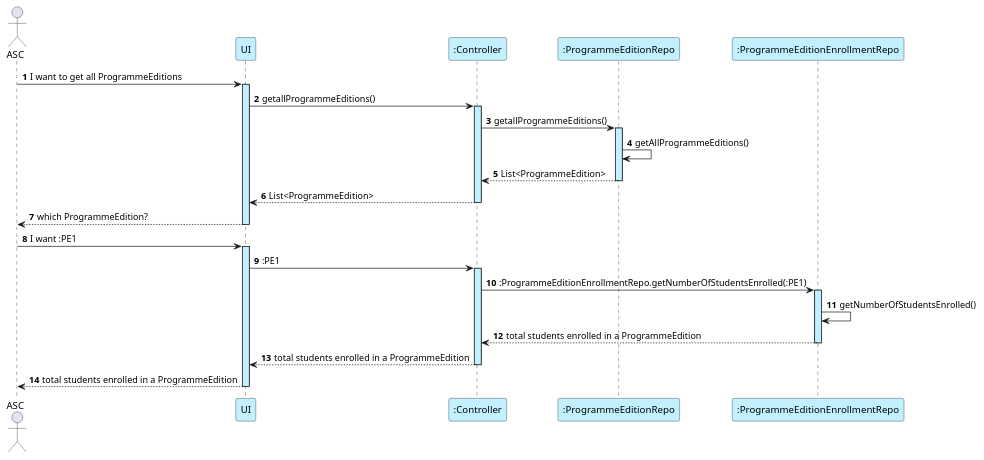
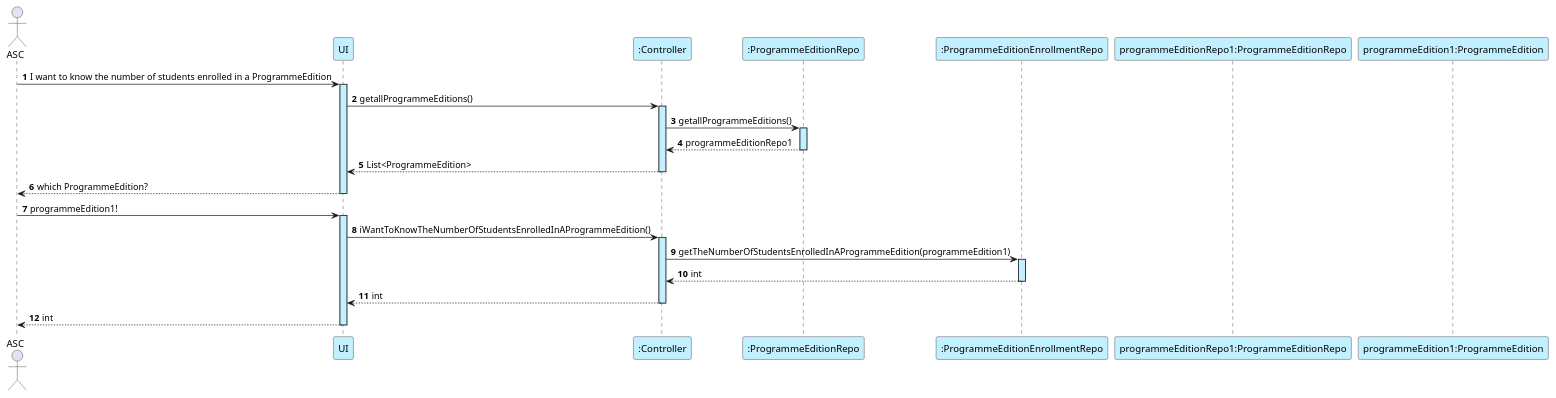
The diagram in docs/US21/US21_IWantToGetTheNumberOfStudentsEnrolledInAProgrammeEdition.puml (GasparISEP/DevOps-PAI), drawn with PlantUML before and after one commit.

Commit message:
refactor: Update US21 sequence diagram.

```diff
--- a/docs/US21/US21_IWantToGetTheNumberOfStudentsEnrolledInAProgrammeEdition.puml
+++ b/docs/US21/US21_IWantToGetTheNumberOfStudentsEnrolledInAProgrammeEdition.puml
@@ -1,25 +1,24 @@
 @startuml US21
 actor ASC
 participant UI #application
 participant ":Controller" #application
 participant ":ProgrammeEditionRepo" #application
 participant ":ProgrammeEditionEnrollmentRepo" #application
+participant "programmeEditionRepo1:ProgrammeEditionRepo"#application
+participant "programmeEdition1:ProgrammeEdition" #application
 
 autonumber
 
-ASC -> UI  ++ #application : I want to get all ProgrammeEditions
+ASC -> UI  ++ #application : I want to know the number of students enrolled in a ProgrammeEdition
 UI -> ":Controller" ++ #application: getallProgrammeEditions()
 ":Controller" -> ":ProgrammeEditionRepo" ++ #application: getallProgrammeEditions()
-":ProgrammeEditionRepo" -> ":ProgrammeEditionRepo"  #application: getAllProgrammeEditions()
-":ProgrammeEditionRepo" --> ":Controller" -- : List<ProgrammeEdition>
+":ProgrammeEditionRepo" --> ":Controller" -- : programmeEditionRepo1
 ":Controller" --> UI -- : List<ProgrammeEdition>
 UI --> ASC -- : which ProgrammeEdition?
-ASC -> UI ++ #application: I want :PE1
-UI -> ":Controller" ++ #application: :PE1
-":Controller" -> ":ProgrammeEditionEnrollmentRepo" ++ #application : :ProgrammeEditionEnrollmentRepo.getNumberOfStudentsEnrolled(:PE1)
-
-":ProgrammeEditionEnrollmentRepo" -> ":ProgrammeEditionEnrollmentRepo" #application : getNumberOfStudentsEnrolled()
-":ProgrammeEditionEnrollmentRepo" --> ":Controller" -- #application : total students enrolled in a ProgrammeEdition
-":Controller" --> "UI" -- #application : total students enrolled in a ProgrammeEdition
-"UI" --> ASC -- #application : total students enrolled in a ProgrammeEdition
+ASC -> UI ++ #application: programmeEdition1!
+UI -> ":Controller" ++ #application: iWantToKnowTheNumberOfStudentsEnrolledInAProgrammeEdition()
+":Controller" -> ":ProgrammeEditionEnrollmentRepo" ++ #application : getTheNumberOfStudentsEnrolledInAProgrammeEdition(programmeEdition1)
+":ProgrammeEditionEnrollmentRepo" --> ":Controller" -- #application : int
+":Controller" --> "UI" -- #application : int
+"UI" --> ASC -- #application : int
 @enduml
```
